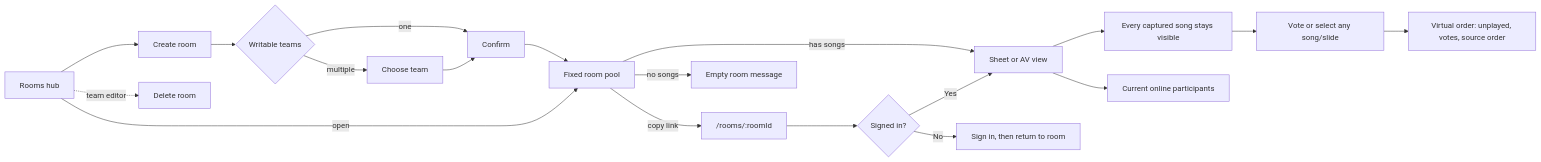
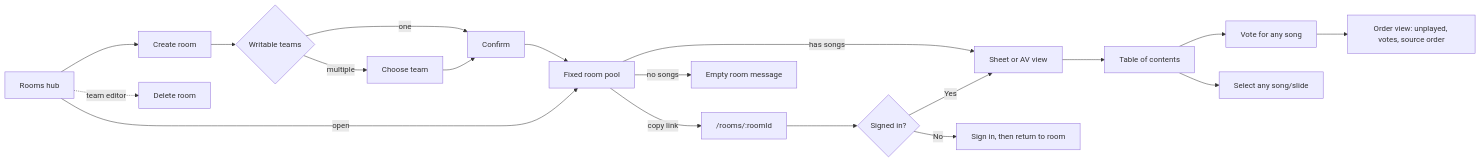
Before and after one commit to xilefmusics/worshipviewer: diagram 50 of 57 in docs/architecture/frontend-user-flows.md, drawn with Mermaid. The commit also changed other lines of this file and 41 other files, not shown here.

````diff
--- a/docs/architecture/frontend-user-flows.md
+++ b/docs/architecture/frontend-user-flows.md
@@ -885,20 +885,20 @@
 ```mermaid
 flowchart LR
     list["Rooms hub"] --> create["Create room"]
     create --> teams{"Writable teams"}
     teams -->|"one"| confirm["Confirm"]
     teams -->|"multiple"| choose["Choose team"] --> confirm
     confirm --> room["Fixed room pool"]
     list -->|"open"| room
     room -->|"copy link"| link["/rooms/:roomId"]
     room -->|"has songs"| player["Sheet or AV view"]
     link --> signedIn{"Signed in?"}
     signedIn -->|"No"| login["Sign in, then return to room"]
     signedIn -->|"Yes"| player
-    player --> queue["Every captured song stays visible"]
-    queue --> vote["Vote or select any song/slide"]
-    vote --> ranking["Virtual order: unplayed, votes, source order"]
-    player --> presence["Current online participants"]
+    player --> toc["Table of contents"]
+    toc --> vote["Vote for any song"]
+    toc --> select["Select any song/slide"]
+    vote --> ranking["Order view: unplayed, votes, source order"]
     list -.->|"team editor"| delete["Delete room"]
     room -->|"no songs"| empty["Empty room message"]
 ```
````
